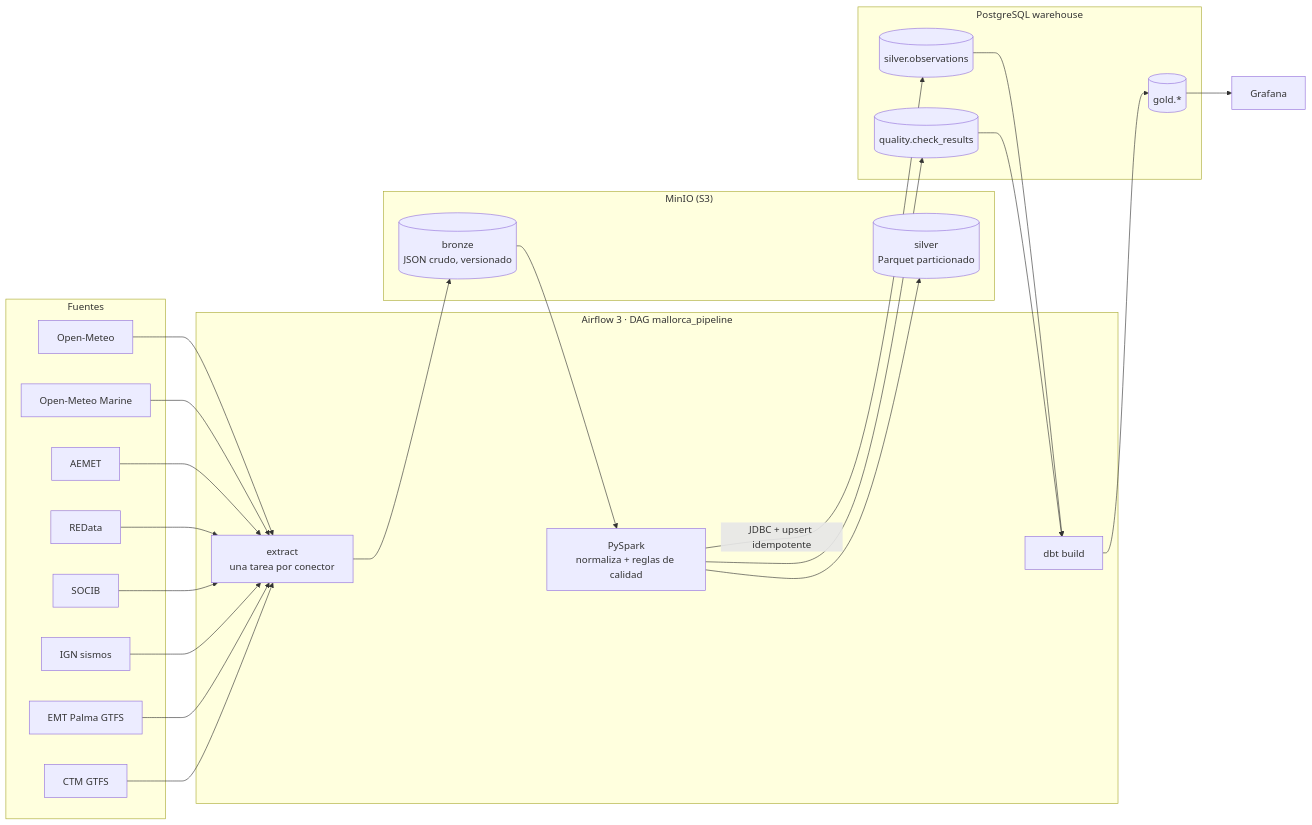
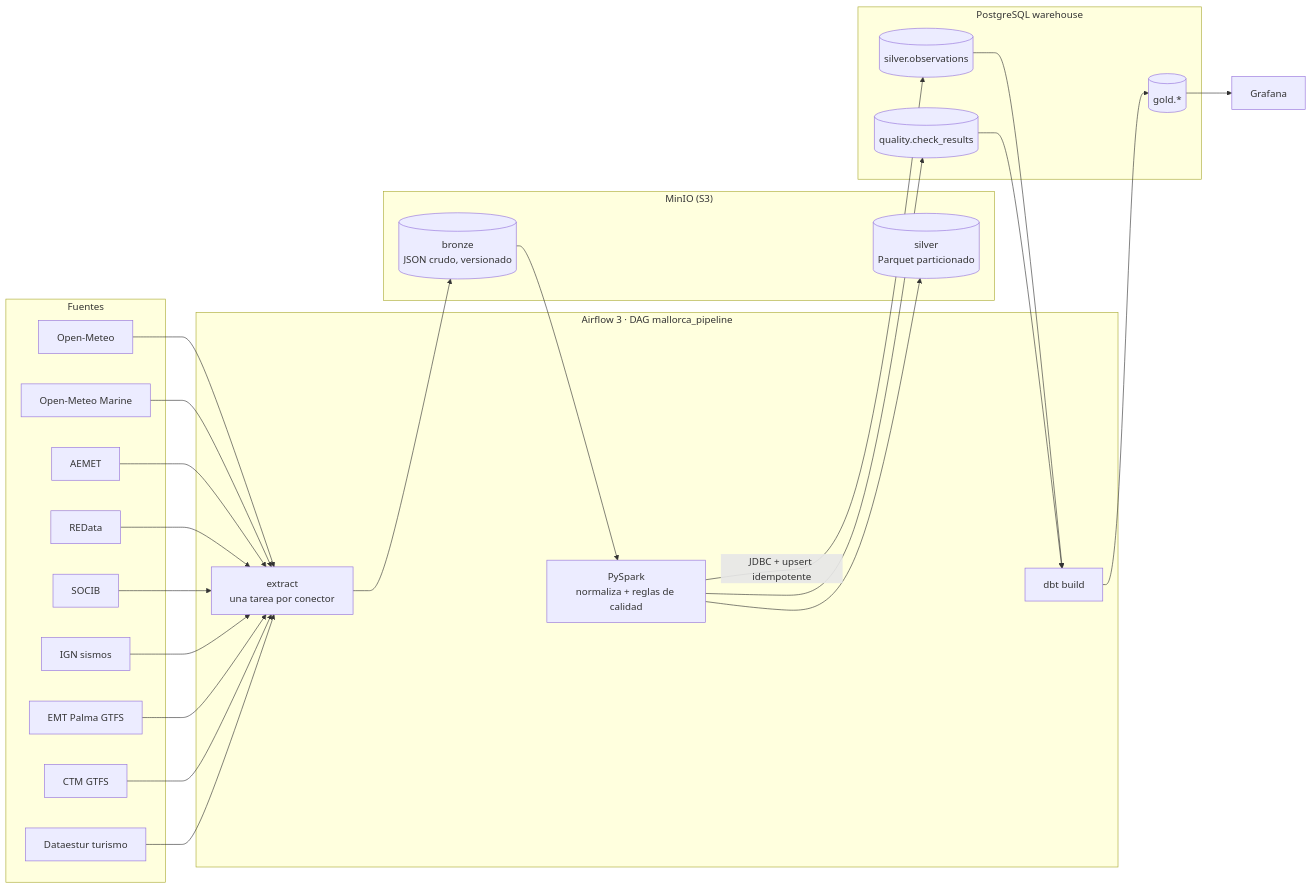
The diagram in README.md (AlexandreColl/MallorcaDataPlatform), drawn with Mermaid before and after one commit. The commit also changed other lines of this file and 6 other files, not shown here.

````diff
--- a/README.md
+++ b/README.md
@@ -21,33 +21,34 @@
 ```mermaid
 flowchart LR
     subgraph Fuentes
         OM[Open-Meteo]
         OMM[Open-Meteo Marine]
         AE[AEMET]
         RD[REData]
         SO[SOCIB]
         IG[IGN sismos]
         EM[EMT Palma GTFS]
         CT[CTM GTFS]
+        DE[Dataestur turismo]
     end
     subgraph Airflow["Airflow 3 · DAG mallorca_pipeline"]
         EX[extract<br/>una tarea por conector]
         SP[PySpark<br/>normaliza + reglas de calidad]
         DBT[dbt build]
     end
     subgraph MinIO["MinIO (S3)"]
         BR[(bronze<br/>JSON crudo, versionado)]
         SL[(silver<br/>Parquet particionado)]
     end
     subgraph PG[PostgreSQL warehouse]
         SV[(silver.observations)]
         QC[(quality.check_results)]
         GD[(gold.*)]
     end
-    OM & OMM & AE & RD & SO & IG & EM & CT --> EX --> BR --> SP
+    OM & OMM & AE & RD & SO & IG & EM & CT & DE --> EX --> BR --> SP
     SP --> SL
     SP -->|JDBC + upsert idempotente| SV
     SP --> QC
     SV & QC --> DBT --> GD --> GF[Grafana]
     classDef next stroke-dasharray: 5 5
 ```
````
